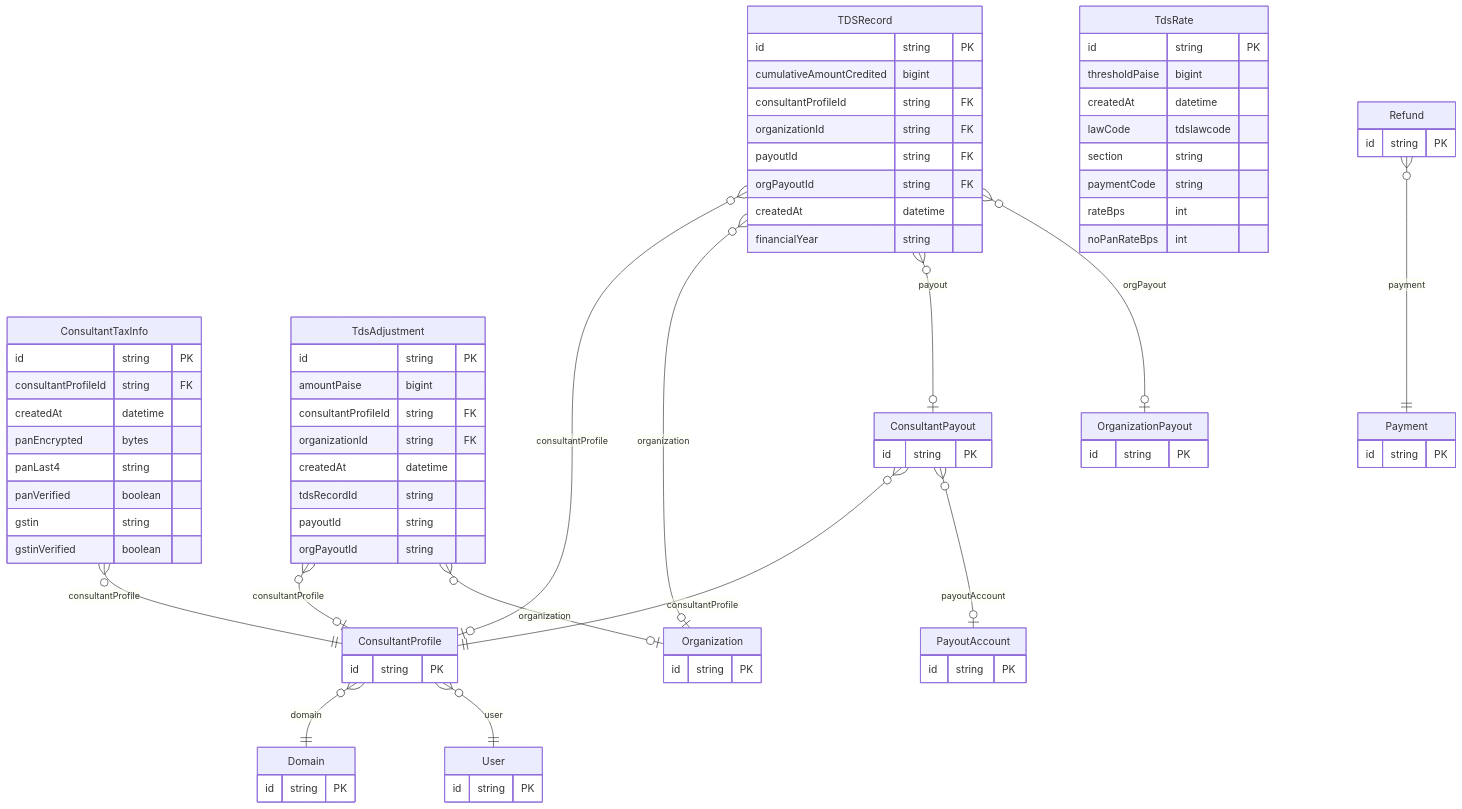
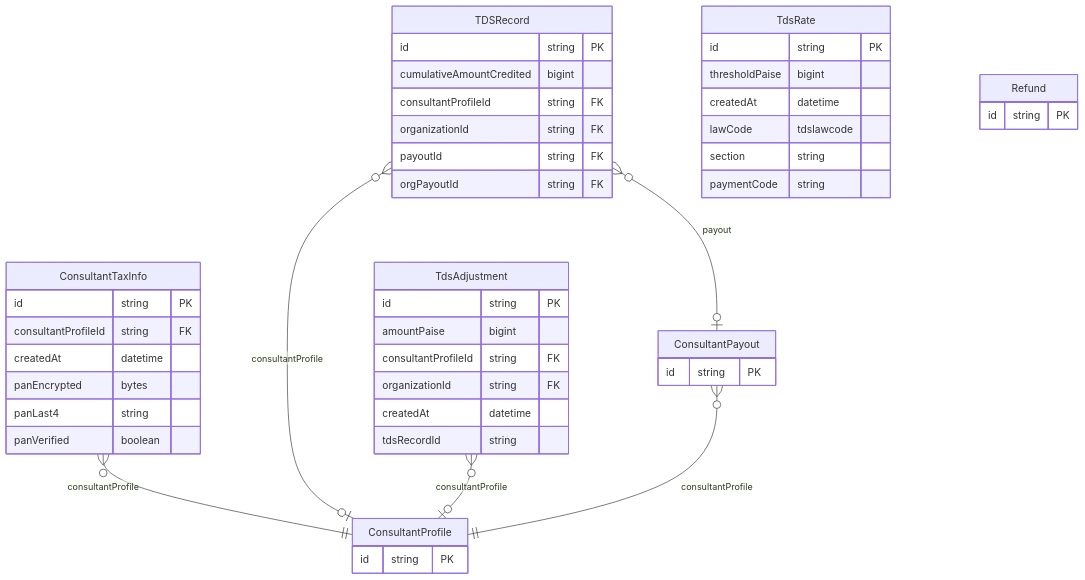
The second of 2 diagrams in docs/prisma/domains/06-earnings-and-tax.md (Practitionist/familiarise_web), drawn with Mermaid before and after one commit. The commit also changed other lines of this file and 14 other files, not shown here.

````diff
--- a/docs/prisma/domains/06-earnings-and-tax.md
+++ b/docs/prisma/domains/06-earnings-and-tax.md
@@ -126,82 +80,49 @@
 ```mermaid
 erDiagram
     ConsultantTaxInfo {
         id string PK
         consultantProfileId string FK
         createdAt datetime
         panEncrypted bytes
         panLast4 string
         panVerified boolean
-        gstin string
-        gstinVerified boolean
     }
     TDSRecord {
         id string PK
         cumulativeAmountCredited bigint
         consultantProfileId string FK
         organizationId string FK
         payoutId string FK
         orgPayoutId string FK
-        createdAt datetime
-        financialYear string
     }
     TdsRate {
         id string PK
         thresholdPaise bigint
         createdAt datetime
         lawCode tdslawcode
         section string
         paymentCode string
-        rateBps int
-        noPanRateBps int
     }
     TdsAdjustment {
         id string PK
         amountPaise bigint
         consultantProfileId string FK
         organizationId string FK
         createdAt datetime
         tdsRecordId string
-        payoutId string
-        orgPayoutId string
     }
     ConsultantProfile {
         id string PK
     }
     ConsultantPayout {
         id string PK
     }
     Refund {
         id string PK
     }
-    Organization {
-        id string PK
-    }
-    OrganizationPayout {
-        id string PK
-    }
-    Domain {
-        id string PK
-    }
-    User {
-        id string PK
-    }
-    PayoutAccount {
-        id string PK
-    }
-    Payment {
-        id string PK
-    }
     ConsultantTaxInfo }o--|| ConsultantProfile : "consultantProfile"
     TDSRecord }o--o| ConsultantProfile : "consultantProfile"
-    TDSRecord }o--o| Organization : "organization"
     TDSRecord }o--o| ConsultantPayout : "payout"
-    TDSRecord }o--o| OrganizationPayout : "orgPayout"
     TdsAdjustment }o--o| ConsultantProfile : "consultantProfile"
-    TdsAdjustment }o--o| Organization : "organization"
-    ConsultantProfile }o--|| Domain : "domain"
-    ConsultantProfile }o--|| User : "user"
     ConsultantPayout }o--|| ConsultantProfile : "consultantProfile"
-    ConsultantPayout }o--o| PayoutAccount : "payoutAccount"
-    Refund }o--|| Payment : "payment"
 ```
````
